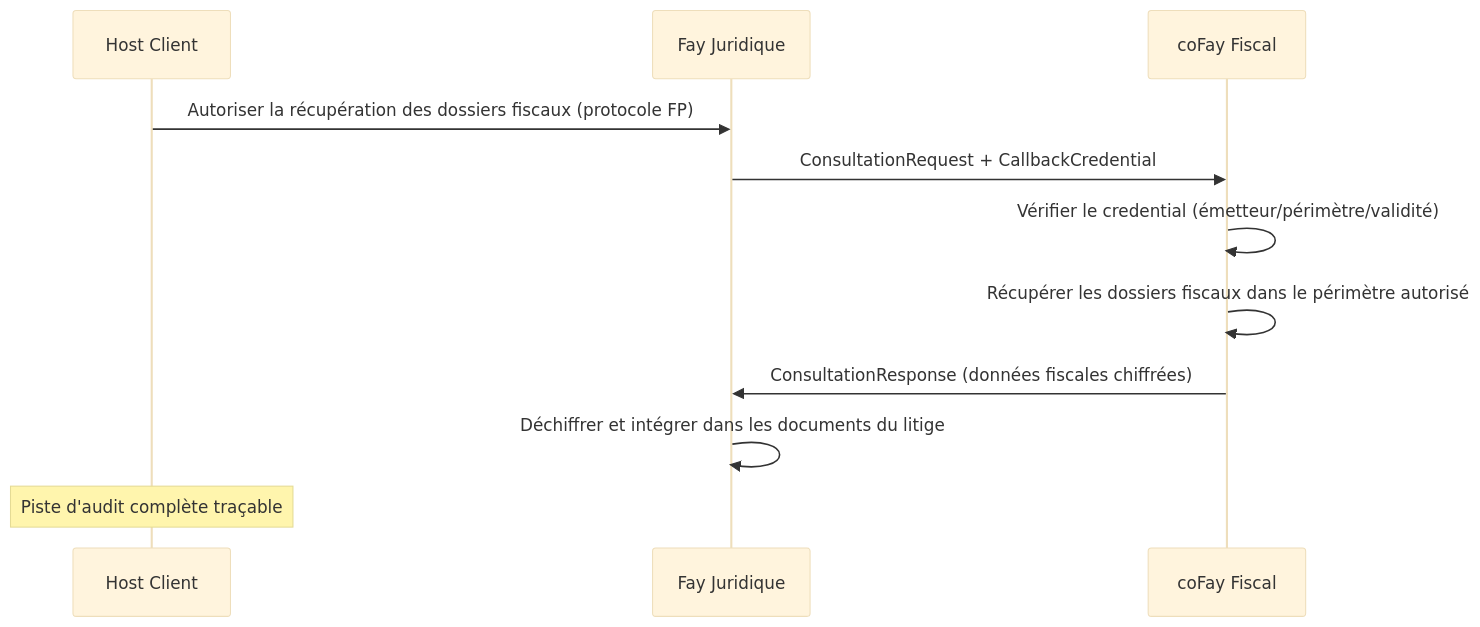
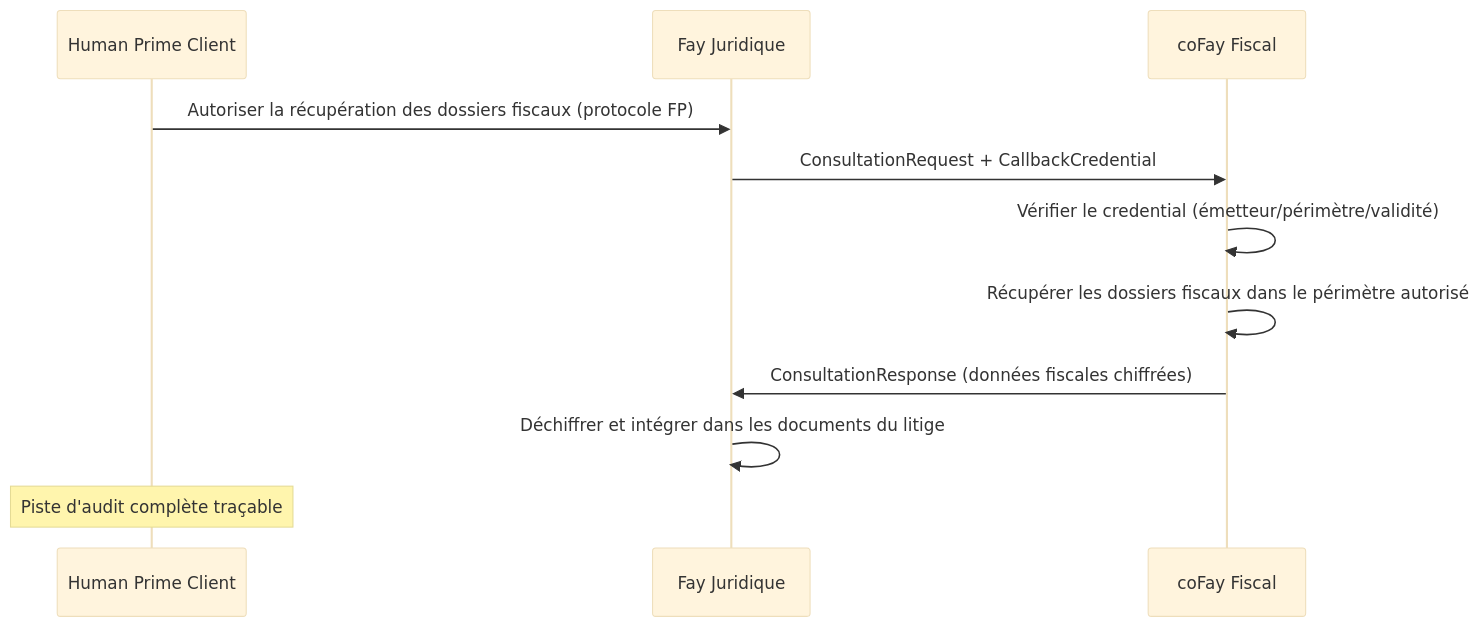
One commit to ChainModePilot/Telepathy-Protocol changed the third of 5 diagrams in docs/fr/blueprint/4-scenarios-application.md. Above: the diagram before and after it, drawn with Mermaid (base theme). The commit also changed other lines of this file and 68 other files, not shown here.

First line of the commit message:
Use 'Human Prime' instead of 'Host' in blueprints

````diff
--- a/docs/fr/blueprint/4-scenarios-application.md
+++ b/docs/fr/blueprint/4-scenarios-application.md
@@ -84,14 +84,14 @@
 ```mermaid
 sequenceDiagram
-    participant C as Host Client
+    participant C as Human Prime Client
     participant LF as Fay Juridique
     participant TF as coFay Fiscal
 
     C->>LF: Autoriser la récupération des dossiers fiscaux (protocole FP)
     LF->>TF: ConsultationRequest + CallbackCredential
     TF->>TF: Vérifier le credential (émetteur/périmètre/validité)
     TF->>TF: Récupérer les dossiers fiscaux dans le périmètre autorisé
     TF->>LF: ConsultationResponse (données fiscales chiffrées)
     LF->>LF: Déchiffrer et intégrer dans les documents du litige
     Note over C: Piste d'audit complète traçable
 ```
````
